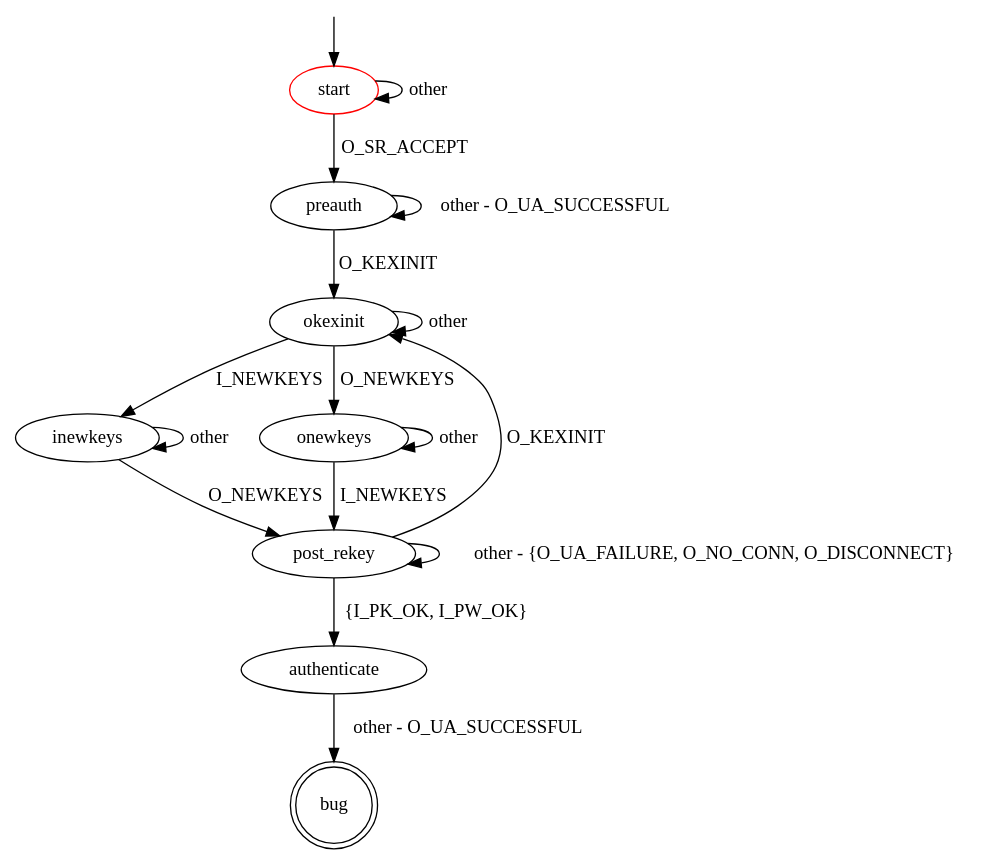
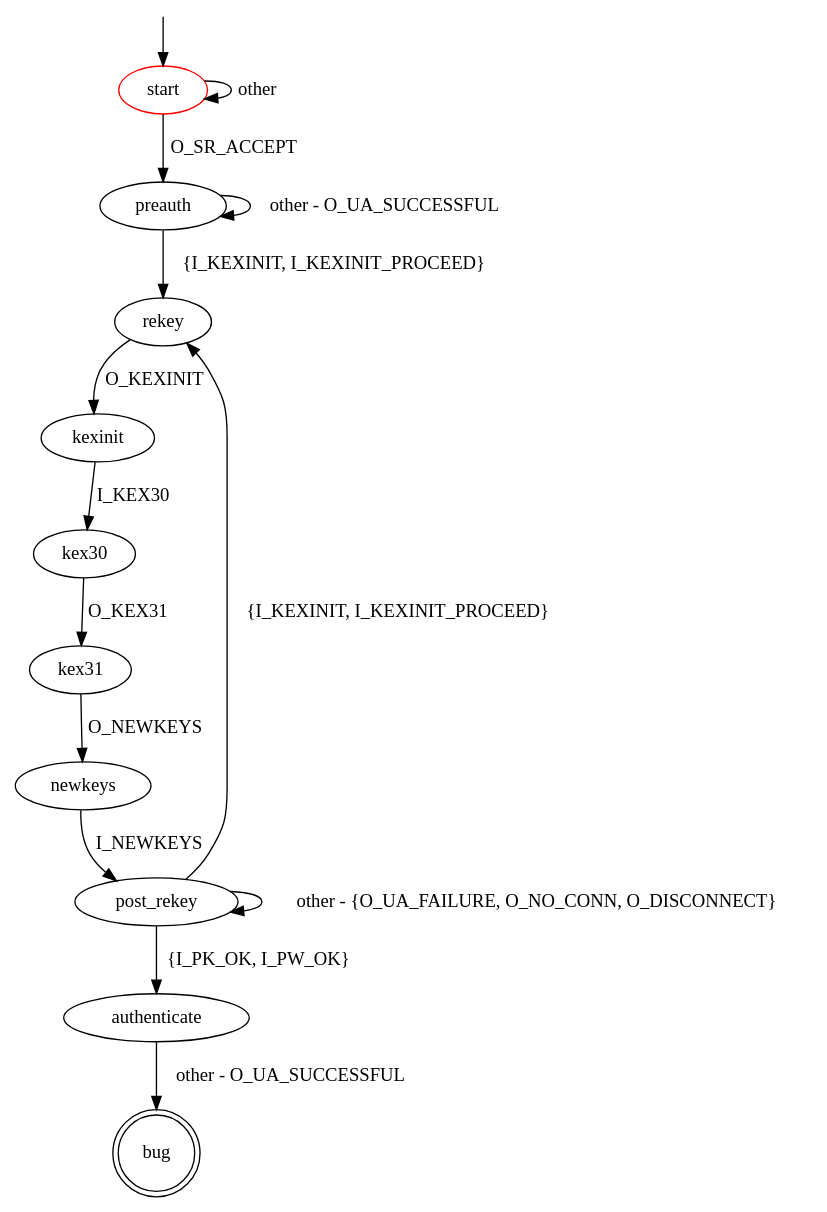
The diagram in src/main/resources/patterns/ssh/ua_failure_after_rekey.dot (assist-project/state-machine-bug-finder), drawn with Graphviz before and after one commit. The commit also changed 2 other files, not shown here.

Commit message:
Updated bug patterns for rekey-related bugs

```diff
--- a/src/main/resources/patterns/ssh/ua_failure_after_rekey.dot
+++ b/src/main/resources/patterns/ssh/ua_failure_after_rekey.dot
@@ -1,29 +1,26 @@
 digraph G {
 label=""
 start [color="red"]
 bug [shape="doublecircle"]
 
 start -> preauth [label="O_SR_ACCEPT"]
 start -> start [label="other"]
 
-preauth -> okexinit [label="O_KEXINIT"]
+preauth -> rekey [label="{I_KEXINIT, I_KEXINIT_PROCEED}"]
 preauth -> preauth [label="other - O_UA_SUCCESSFUL"]
 
-okexinit -> inewkeys [label="I_NEWKEYS"]
-okexinit -> onewkeys [label="O_NEWKEYS"]
-okexinit -> okexinit [label="other"]
-
-inewkeys -> post_rekey [label="O_NEWKEYS"]
-inewkeys -> inewkeys [label="other"]
-onewkeys -> post_rekey [label="I_NEWKEYS"]
-onewkeys -> onewkeys [label="other"]
-
-post_rekey -> okexinit [label="O_KEXINIT"]
+post_rekey -> rekey [label="{I_KEXINIT, I_KEXINIT_PROCEED}"]
 post_rekey -> authenticate [label="{I_PK_OK, I_PW_OK}"]
 post_rekey -> post_rekey [label="other - {O_UA_FAILURE, O_NO_CONN, O_DISCONNECT}"]
 
 authenticate -> bug [label="other - O_UA_SUCCESSFUL"]
 
+rekey -> kexinit [label="O_KEXINIT"]
+kexinit -> kex30 [label="I_KEX30"]
+kex30 -> kex31 [label="O_KEX31"]
+kex31 -> newkeys [label="O_NEWKEYS"]
+newkeys -> post_rekey [label="I_NEWKEYS"]
+
 __start0 [label="" shape="none" width="0" height="0"];
 __start0 -> start;
 }
```
